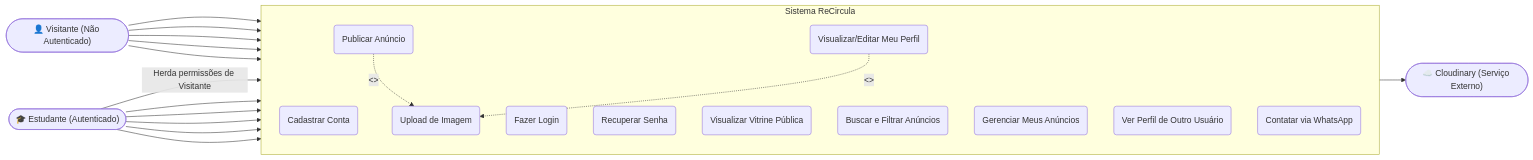
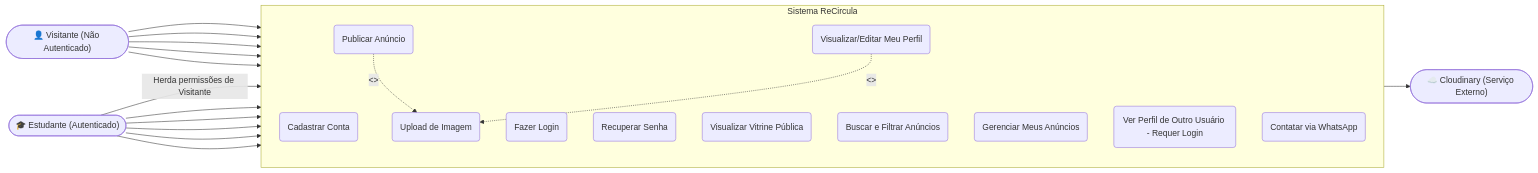
One commit to UNIFOR-Samuel-Barbosa/ReCircula changed the first of 3 diagrams in Docs/arquitetura/diagramas/casos_de_uso.md. Above: the diagram before and after it, drawn with Mermaid. The commit also changed other lines of this file and 4 other files, not shown here.

````diff
--- a/Docs/arquitetura/diagramas/casos_de_uso.md
+++ b/Docs/arquitetura/diagramas/casos_de_uso.md
@@ -9,53 +9,55 @@
 ```mermaid
 flowchart LR
     %% Atores
     Visitante(["👤 Visitante (Não Autenticado)"])
     Estudante(["🎓 Estudante (Autenticado)"])
     Cloudinary(["☁️ Cloudinary (Serviço Externo)"])
 
     %% Sistema
     subgraph ReCircula [Sistema ReCircula]
         direction TB
 
         %% Subsistema de Autenticação
         UC1(Cadastrar Conta)
         UC2(Fazer Login)
         UC3(Recuperar Senha)
 
         %% Subsistema de Marketplace
         UC4(Visualizar Vitrine Pública)
         UC5(Buscar e Filtrar Anúncios)
 
         %% Subsistema do Usuário
         UC6(Publicar Anúncio)
         UC7(Gerenciar Meus Anúncios)
         UC8(Visualizar/Editar Meu Perfil)
-        UC9(Ver Perfil de Outro Usuário)
+        UC9(Ver Perfil de Outro Usuário - Requer Login)
         UC10(Contatar via WhatsApp)
 
         %% Funcionalidades Internas
         UC11(Upload de Imagem)
     end
 
     %% Relacionamentos Visitante
     Visitante --> UC1
     Visitante --> UC2
     Visitante --> UC3
     Visitante --> UC4
     Visitante --> UC5
 
     %% Relacionamentos Estudante
     Estudante -->|Herda permissões de Visitante| UC4
     Estudante --> UC6
     Estudante --> UC7
     Estudante --> UC8
     Estudante --> UC9
     Estudante --> UC10
 
+    %% Somente usuarios autenticados consultam perfis de outros anunciantes
+
     %% Includes / Relações Internas
     UC6 -. "<<include>>" .-> UC11
     UC8 -. "<<include>>" .-> UC11
 
     %% Sistemas Externos
     UC11 --> Cloudinary
 ```
````
